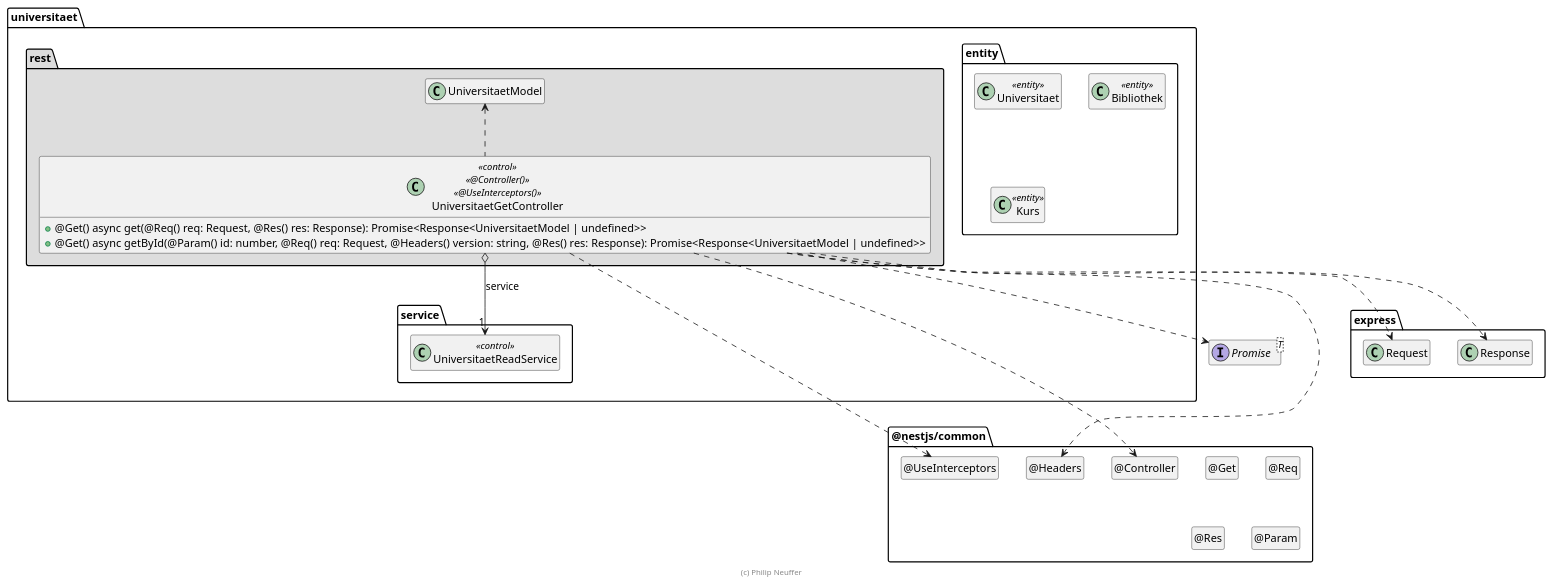
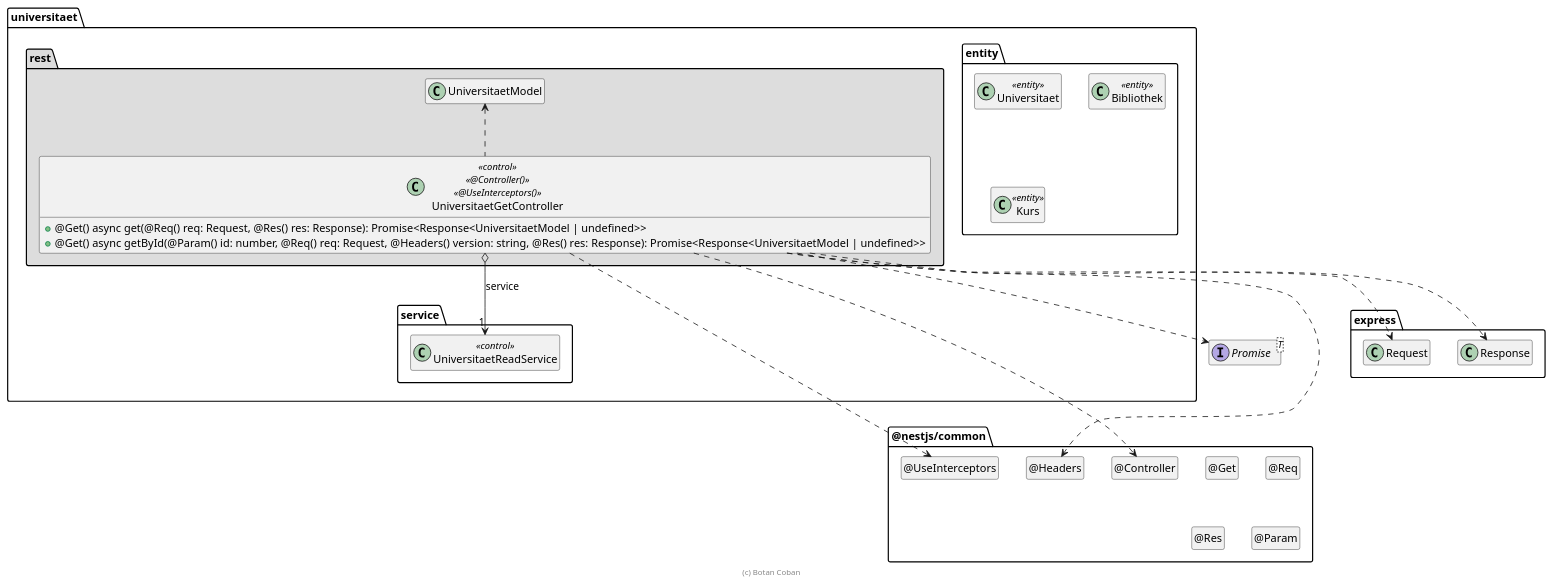
Before and after one commit to rirag12345/SWE-Abgabe1-Gruppe1: the diagram in .extras/doc/projekthandbuch/UniversitaetGetController.plantuml, drawn with PlantUML.

Commit message:
(v-1) Klassendiagramm Get-Controller new

```diff
--- a/.extras/doc/projekthandbuch/UniversitaetGetController.plantuml
+++ b/.extras/doc/projekthandbuch/UniversitaetGetController.plantuml
@@ -1,68 +1,68 @@
 @startuml Controller-Klasse
 
 interface Promise<T>
 
 package @nestjs/common {
   class "@Controller" as Controller
   hide Controller circle
 
   class "@Get" as Get
   hide Get circle
 
   class "@Req" as Req
   hide Req circle
 
   class "@Res" as Res
   hide Res circle
 
   class "@Param" as Param
   hide Param circle
 
   class "@Headers" as Headers
   hide Headers circle
 
   class "@UseInterceptors" as UseInterceptors
   hide UseInterceptors circle
 }
 
 package express {
   class Request
   class Response
 
   Response .[hidden].> Controller
 }
 
 package universitaet {
   package entity #FFFFFF {
     class Universitaet <<entity>>
     class Bibliothek <<entity>>
     class Kurs <<entity>>
   }
 
   package service {
     class UniversitaetReadService << control >>
   }
 
   package rest #DDDDDD {
     class UniversitaetGetController << control >> << @Controller() >> << @UseInterceptors() >> {
       + @Get() async get(@Req() req: Request, @Res() res: Response): Promise<Response<UniversitaetModel | undefined>>
       + @Get() async getById(@Param() id: number, @Req() req: Request, @Headers() version: string, @Res() res: Response): Promise<Response<UniversitaetModel | undefined>>
     }
 
     UniversitaetGetController o--> "1" UniversitaetReadService : service
 
     UniversitaetGetController ..> Controller
     UniversitaetGetController ..> Request
     UniversitaetGetController ..> Response
     UniversitaetGetController ..> Headers
     UniversitaetGetController ..> UseInterceptors
     UniversitaetGetController ..> Promise
     UniversitaetGetController .up.> UniversitaetModel
   }
 }
 
 hide empty members
 
-footer (c) Philip Neuffer
+footer (c) Botan Coban
 
 @enduml
```
